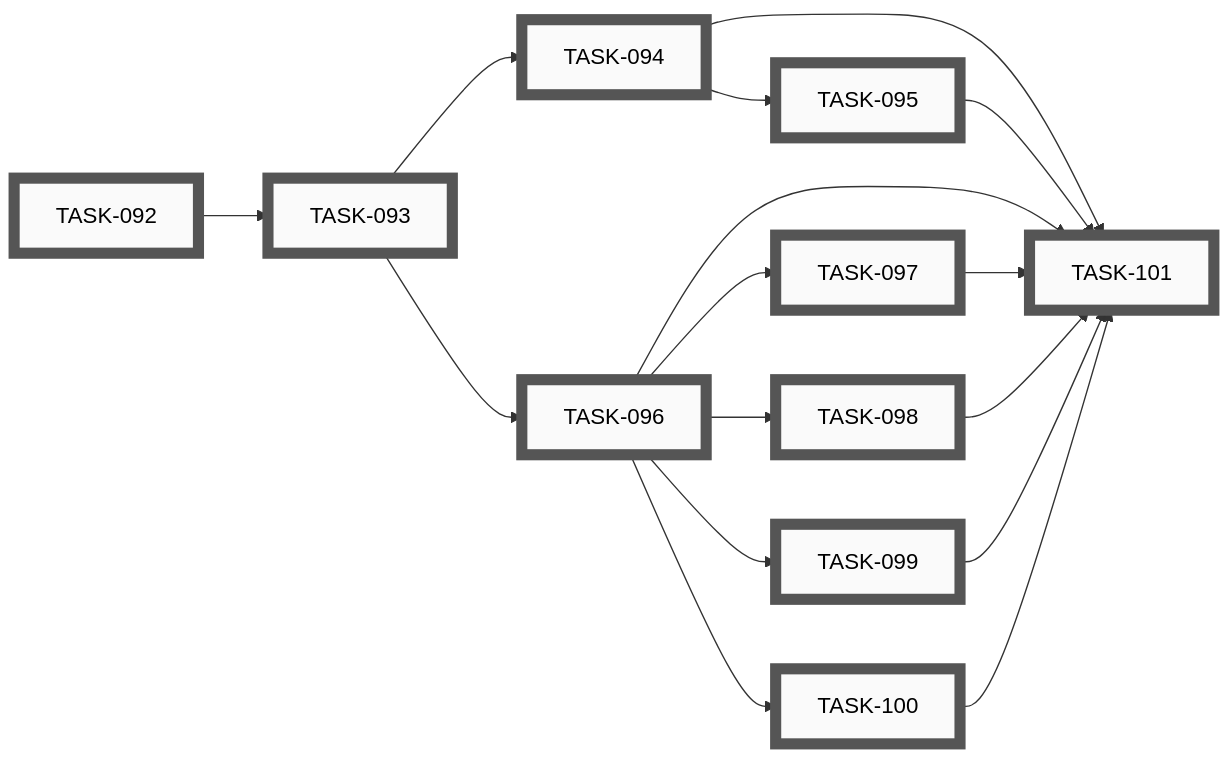
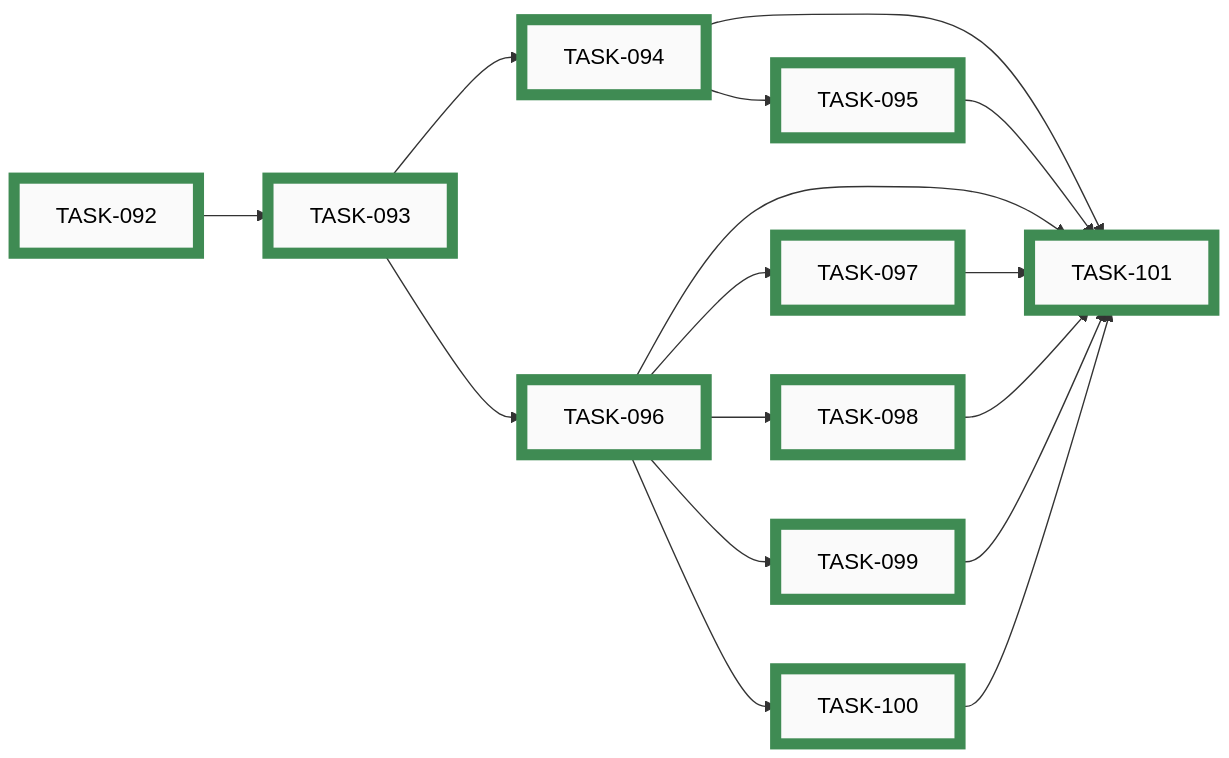
Before and after one commit to tgd1975/CircuitSmith: diagram 12 of 14 in docs/developers/tasks/EPICS.md, drawn with Mermaid. The commit also changed other lines of this file and 74 other files, not shown here.

First line of the commit message:
close EPIC-012: tutorial and example gallery

````diff
--- a/docs/developers/tasks/EPICS.md
+++ b/docs/developers/tasks/EPICS.md
@@ -720,46 +720,46 @@
 ```mermaid
 graph LR
-    TASK_092["TASK-092"]:::open
-    TASK_093["TASK-093"]:::open
-    TASK_094["TASK-094"]:::open
-    TASK_095["TASK-095"]:::open
-    TASK_096["TASK-096"]:::open
-    TASK_097["TASK-097"]:::open
-    TASK_098["TASK-098"]:::open
-    TASK_099["TASK-099"]:::open
-    TASK_100["TASK-100"]:::open
-    TASK_101["TASK-101"]:::open
+    TASK_092["TASK-092"]:::closed
+    TASK_093["TASK-093"]:::closed
+    TASK_094["TASK-094"]:::closed
+    TASK_095["TASK-095"]:::closed
+    TASK_096["TASK-096"]:::closed
+    TASK_097["TASK-097"]:::closed
+    TASK_098["TASK-098"]:::closed
+    TASK_099["TASK-099"]:::closed
+    TASK_100["TASK-100"]:::closed
+    TASK_101["TASK-101"]:::closed
     TASK_092 --> TASK_093
     TASK_093 --> TASK_094
     TASK_094 --> TASK_095
     TASK_093 --> TASK_096
     TASK_096 --> TASK_097
     TASK_096 --> TASK_098
     TASK_096 --> TASK_099
     TASK_096 --> TASK_100
     TASK_094 --> TASK_101
     TASK_095 --> TASK_101
     TASK_096 --> TASK_101
     TASK_097 --> TASK_101
     TASK_098 --> TASK_101
     TASK_099 --> TASK_101
     TASK_100 --> TASK_101
-    click TASK_092 "open/task-092-decide-docs-users-structure.md"
-    click TASK_093 "open/task-093-scaffold-tutorial-and-examples-directories.md"
-    click TASK_094 "open/task-094-tutorial-steps-1-3-minimal-and-fan-out.md"
-    click TASK_095 "open/task-095-tutorial-steps-4-6-erc-bom-iteration.md"
-    click TASK_096 "open/task-096-example-voltage-divider.md"
-    click TASK_097 "open/task-097-example-common-emitter-amplifier.md"
-    click TASK_098 "open/task-098-example-555-monostable.md"
-    click TASK_099 "open/task-099-example-opamp-non-inverting-buffer.md"
-    click TASK_100 "open/task-100-example-multi-page-split.md"
-    click TASK_101 "open/task-101-ci-regression-diff-for-gallery.md"
+    click TASK_092 "closed/task-092-decide-docs-users-structure.md"
+    click TASK_093 "closed/task-093-scaffold-tutorial-and-examples-directories.md"
+    click TASK_094 "closed/task-094-tutorial-steps-1-3-minimal-and-fan-out.md"
+    click TASK_095 "closed/task-095-tutorial-steps-4-6-erc-bom-iteration.md"
+    click TASK_096 "closed/task-096-example-voltage-divider.md"
+    click TASK_097 "closed/task-097-example-common-emitter-amplifier.md"
+    click TASK_098 "closed/task-098-example-555-monostable.md"
+    click TASK_099 "closed/task-099-example-opamp-non-inverting-buffer.md"
+    click TASK_100 "closed/task-100-example-multi-page-split.md"
+    click TASK_101 "closed/task-101-ci-regression-diff-for-gallery.md"
     classDef open    fill:#FAFAFA,stroke:#555,stroke-width:8px,color:#000
     classDef active  fill:#FAFAFA,stroke:#1A6FA8,stroke-width:8px,color:#000
     classDef closed  fill:#FAFAFA,stroke:#3F8B53,stroke-width:8px,color:#000
     classDef paused  fill:#FAFAFA,stroke:#B07810,stroke-width:8px,color:#000
     classDef openExt    fill:#000,stroke:#888,stroke-width:8px,color:#FFF
     classDef activeExt  fill:#000,stroke:#3FA9F5,stroke-width:8px,color:#FFF
     classDef closedExt  fill:#000,stroke:#7CC68A,stroke-width:8px,color:#FFF
     classDef pausedExt  fill:#000,stroke:#F0B030,stroke-width:8px,color:#FFF
 ```
````
